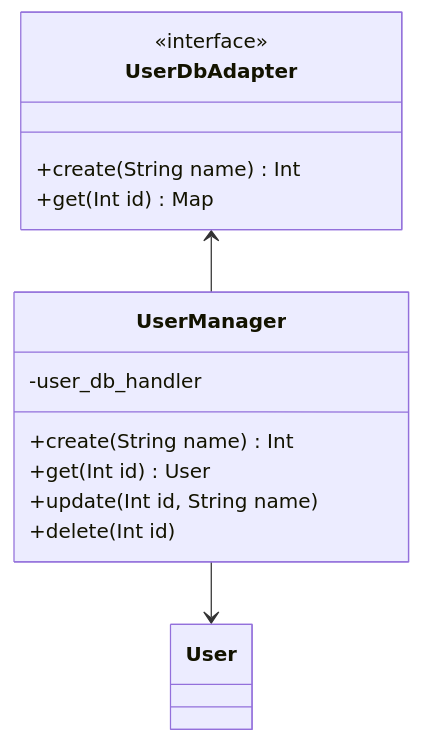
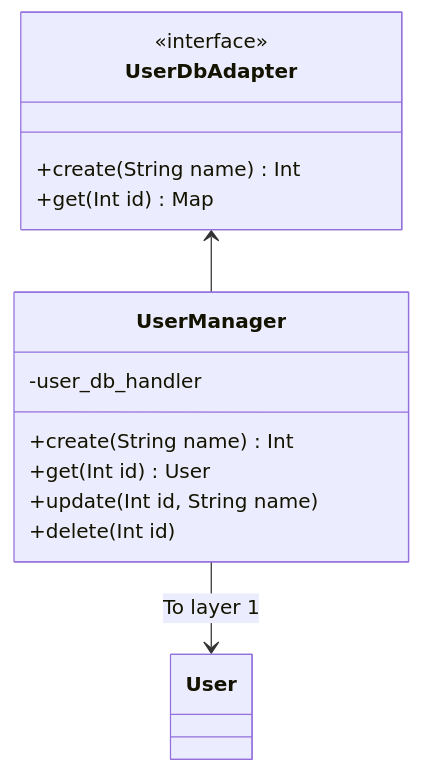
The third of 5 diagrams in backend/README.md (janheindejong/outhouse), drawn with Mermaid before and after one commit. The commit also changed other lines of this file, not shown here.

````diff
--- a/backend/README.md
+++ b/backend/README.md
@@ -35,21 +35,21 @@
 ```mermaid
 classDiagram
 class User
 
 class UserManager {
     -user_db_handler
     +create(String name) Int
     +get(Int id) User
     +update(Int id, String name)
     +delete(Int id)
 }
 
 class UserDbAdapter {
     <<interface>>
     +create(String name) Int
     +get(Int id) Map
 }
 
-UserManager --> User 
+UserManager --> User : To layer 1
 UserDbAdapter <-- UserManager
 ```
````
